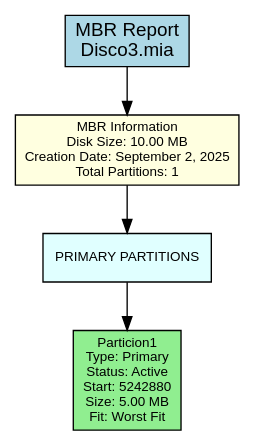
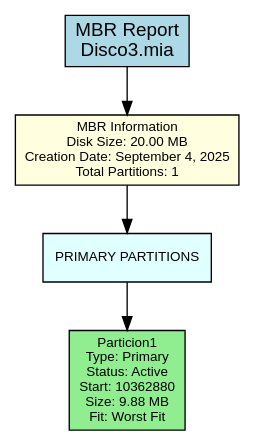
Before and after one commit to DiegVas/MIA_2S2025_P1_202300638: the diagram in backend/provider/reports/src/mbr_381A.dot, drawn with Graphviz. The commit also changed 12 other files, not shown here.

```diff
--- a/backend/provider/reports/src/mbr_381A.dot
+++ b/backend/provider/reports/src/mbr_381A.dot
@@ -1,18 +1,18 @@
 digraph MBR_Report {
     rankdir=TB;
     node [shape=box, style=filled];
     graph [fontname="Arial", fontsize=12];
     node [fontname="Arial", fontsize=10];
     edge [fontname="Arial"];
 
     title [label="MBR Report\nDisco3.mia", fillcolor=lightblue, fontsize=14];
 
-    mbr_info [label="MBR Information\nDisk Size: 10.00 MB\nCreation Date: September 2, 2025\nTotal Partitions: 1", fillcolor=lightyellow];
+    mbr_info [label="MBR Information\nDisk Size: 20.00 MB\nCreation Date: September 4, 2025\nTotal Partitions: 1", fillcolor=lightyellow];
 
     primary_section [label="PRIMARY PARTITIONS", shape=box, style=filled, fillcolor=lightcyan];
-    primary_0 [label="Particion1\nType: Primary\nStatus: Active\nStart: 5242880\nSize: 5.00 MB\nFit: Worst Fit", fillcolor=lightgreen];
+    primary_0 [label="Particion1\nType: Primary\nStatus: Active\nStart: 10362880\nSize: 9.88 MB\nFit: Worst Fit", fillcolor=lightgreen];
     primary_section -> primary_0;
 
     title -> mbr_info;
     mbr_info -> primary_section;
 }
```
